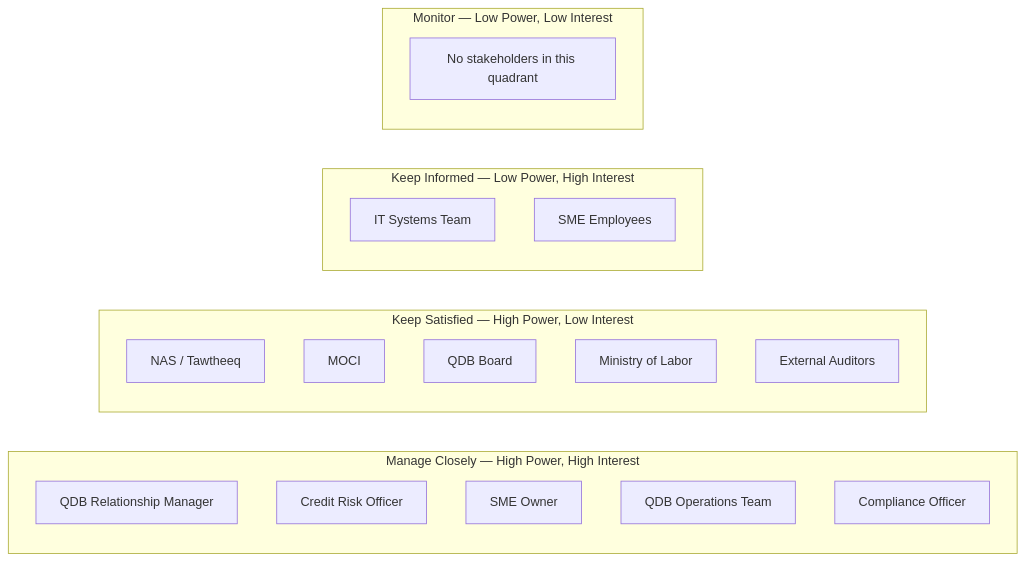
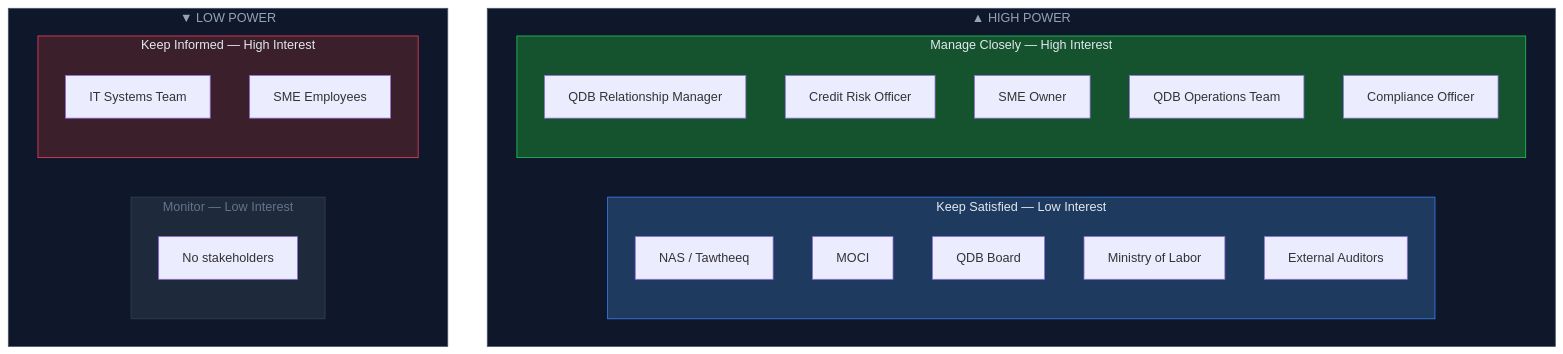
One commit to Tamoura/Claude-Code-creates-the-SW-company changed the second of 9 diagrams in products/qdb-sme-relief/docs/business-analysis.md. Above: the diagram before and after it, drawn with Mermaid. The commit also changed other lines of this file, not shown here.

First line of the commit message:
fix(qdb-sme-relief): replace flat grid diagrams with nested 2x2 subgraph layout

````diff
--- a/products/qdb-sme-relief/docs/business-analysis.md
+++ b/products/qdb-sme-relief/docs/business-analysis.md
@@ -185,24 +185,36 @@
 ```mermaid
-flowchart LR
-    subgraph MC["Manage Closely — High Power, High Interest"]
-        rm["QDB Relationship Manager"]
-        cro["Credit Risk Officer"]
-        smeo["SME Owner"]
-        ops["QDB Operations Team"]
-        comp["Compliance Officer"]
+graph TB
+    subgraph HIGH["▲  HIGH POWER"]
+        direction LR
+        subgraph KS["Keep Satisfied — Low Interest"]
+            ks1["NAS / Tawtheeq"]
+            ks2["MOCI"]
+            ks3["QDB Board"]
+            ks4["Ministry of Labor"]
+            ks5["External Auditors"]
+        end
+        subgraph MC["Manage Closely — High Interest"]
+            mc1["QDB Relationship Manager"]
+            mc2["Credit Risk Officer"]
+            mc3["SME Owner"]
+            mc4["QDB Operations Team"]
+            mc5["Compliance Officer"]
+        end
     end
-    subgraph KS["Keep Satisfied — High Power, Low Interest"]
-        nas["NAS / Tawtheeq"]
-        moci_n["MOCI"]
-        board["QDB Board"]
-        mol["Ministry of Labor"]
-        ext["External Auditors"]
+    subgraph LOW["▼  LOW POWER"]
+        direction LR
+        subgraph MO["Monitor — Low Interest"]
+            mo1["No stakeholders"]
+        end
+        subgraph KI["Keep Informed — High Interest"]
+            ki1["IT Systems Team"]
+            ki2["SME Employees"]
+        end
     end
-    subgraph KI["Keep Informed — Low Power, High Interest"]
-        it["IT Systems Team"]
-        emp["SME Employees"]
-    end
-    subgraph MO["Monitor — Low Power, Low Interest"]
-        mo1["No stakeholders in this quadrant"]
-    end
+    style HIGH fill:#0f172a,stroke:#475569,color:#94a3b8
+    style LOW fill:#0f172a,stroke:#475569,color:#94a3b8
+    style KS fill:#1e3a5f,stroke:#3b82f6,color:#e2e8f0
+    style MC fill:#14532d,stroke:#22c55e,color:#e2e8f0
+    style MO fill:#1e293b,stroke:#334155,color:#64748b
+    style KI fill:#3b1f2b,stroke:#f43f5e,color:#e2e8f0
 ```
````
